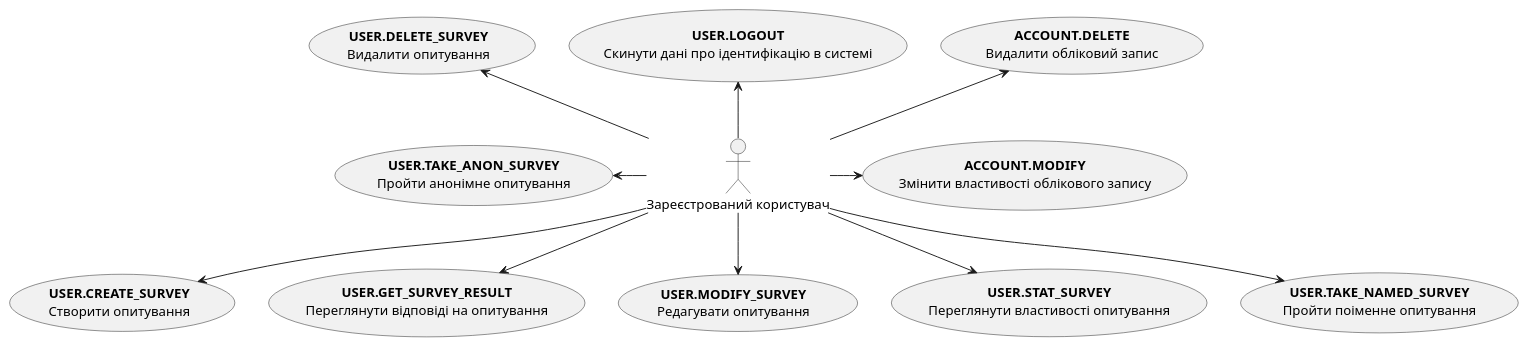
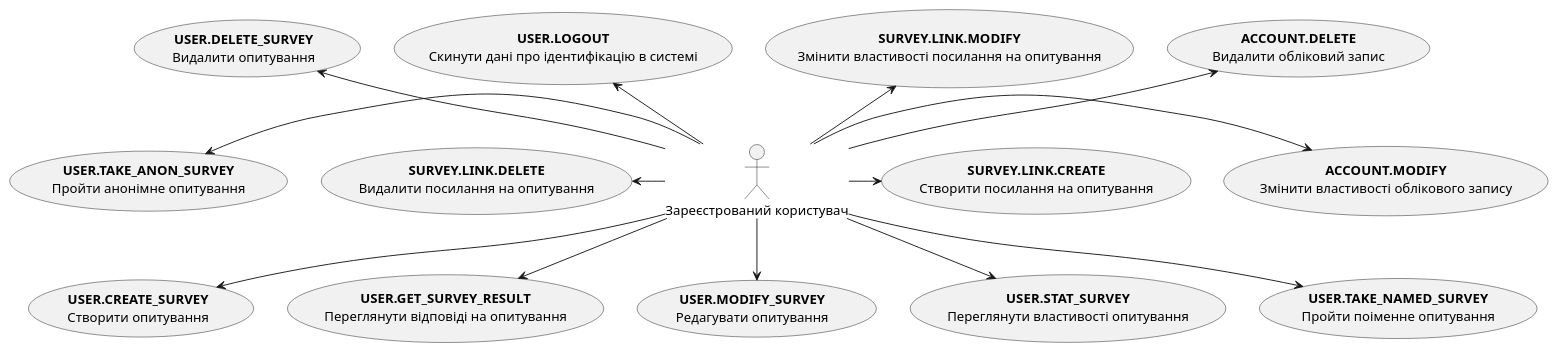
The third of 19 diagrams in docs/use-cases/README.md (victoriavodyana/edu-dis-labs-vodyana), drawn with PlantUML before and after one commit. The commit also changed other lines of this file and 2 other files, not shown here.

Commit message:
лаб4: додав ER-модель та оновив попередні лабораторні

```diff
--- a/docs/use-cases/README.md
+++ b/docs/use-cases/README.md
@@ -69,27 +75,33 @@
 @startuml
 
     :Зареєстрований користувач: as AuthorisedUser
 
     (<b>ACCOUNT.DELETE</b>\nВидалити обліковий запис) as DeleteAccount
     (<b>ACCOUNT.MODIFY</b>\nЗмінити властивості облікового запису) as ModifyAccount
     (<b>USER.CREATE_SURVEY</b>\nСтворити опитування) as CreateSurvey
     (<b>USER.DELETE_SURVEY</b>\nВидалити опитування) as DeleteSurvey
     (<b>USER.GET_SURVEY_RESULT</b>\nПереглянути відповіді на опитування) as GetSurveyResult
     (<b>USER.LOGOUT</b>\nСкинути дані про ідентифікацію в системі) as LogOut
     (<b>USER.MODIFY_SURVEY</b>\nРедагувати опитування) as ModifySurvey
     (<b>USER.STAT_SURVEY</b>\nПереглянути властивості опитування) as StatSurvey
     (<b>USER.TAKE_ANON_SURVEY</b>\nПройти анонімне опитування) as TakeAnonSurvey
     (<b>USER.TAKE_NAMED_SURVEY</b>\nПройти поіменне опитування) as TakeNamedSurvey
+    (<b>SURVEY.LINK.CREATE</b>\nСтворити посилання на опитування) as CreateLink
+    (<b>SURVEY.LINK.DELETE</b>\nВидалити посилання на опитування) as DeleteLink
+    (<b>SURVEY.LINK.MODIFY</b>\nЗмінити властивості посилання на опитування) as ModifyLink
 
     AuthorisedUser -r-> ModifyAccount
     AuthorisedUser -u-> DeleteAccount
+    AuthorisedUser -r-> CreateLink
+    AuthorisedUser -l-> DeleteLink
+    AuthorisedUser -u-> ModifyLink
     AuthorisedUser -u-> LogOut
     AuthorisedUser -d-> CreateSurvey
     AuthorisedUser -u-> DeleteSurvey
     AuthorisedUser --> StatSurvey
     AuthorisedUser -d-> ModifySurvey
     AuthorisedUser --> GetSurveyResult
     AuthorisedUser -l-> TakeAnonSurvey
     AuthorisedUser -d-> TakeNamedSurvey
 
 @enduml
```
